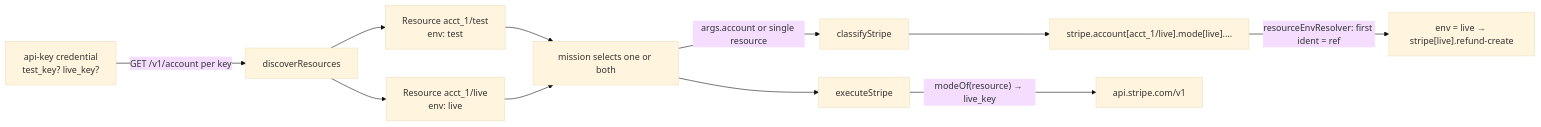
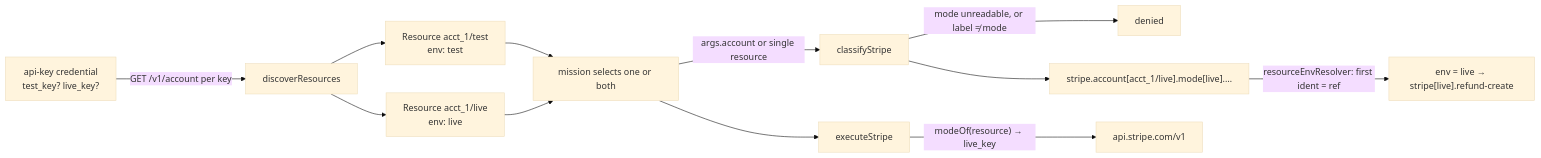
Before and after one commit to vaubaan/gateway: the diagram in docs/handbook/providers/stripe.md, drawn with Mermaid (base theme). The commit also changed other lines of this file and 112 other files, not shown here.

````diff
--- a/docs/handbook/providers/stripe.md
+++ b/docs/handbook/providers/stripe.md
@@ -59,12 +59,13 @@
 ```mermaid
 flowchart LR
   cred["api-key credential<br/>test_key? live_key?"] -->|GET /v1/account per key| disc["discoverResources"]
   disc --> t["Resource acct_1/test<br/>env: test"]
   disc --> l["Resource acct_1/live<br/>env: live"]
   t & l --> mission["mission selects one or both"]
   mission -->|"args.account or single resource"| cls["classifyStripe"]
+  cls -->|"mode unreadable, or label ≠ mode"| refused["denied"]
   cls --> slice["stripe.account[acct_1/live].mode[live].…"]
   slice -->|"resourceEnvResolver: first ident = ref"| env["env = live → stripe[live].refund-create"]
   mission --> exe["executeStripe"]
   exe -->|"modeOf(resource) → live_key"| api["api.stripe.com/v1"]
 ```
````
